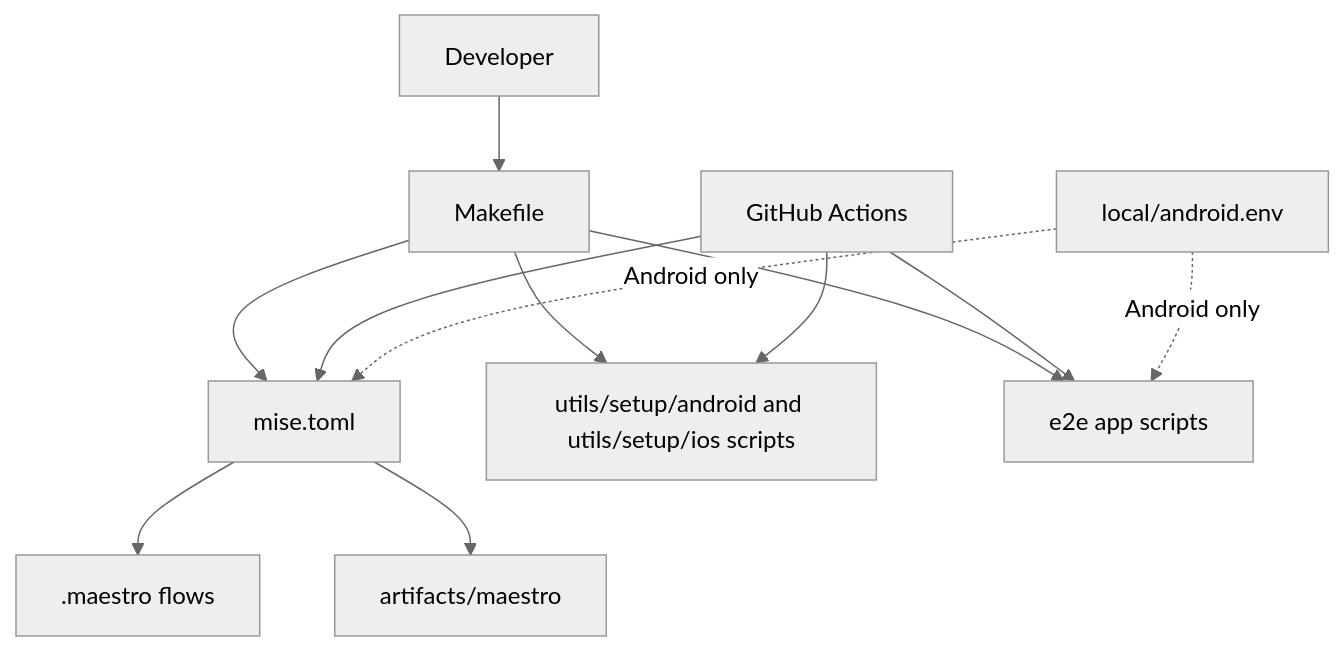
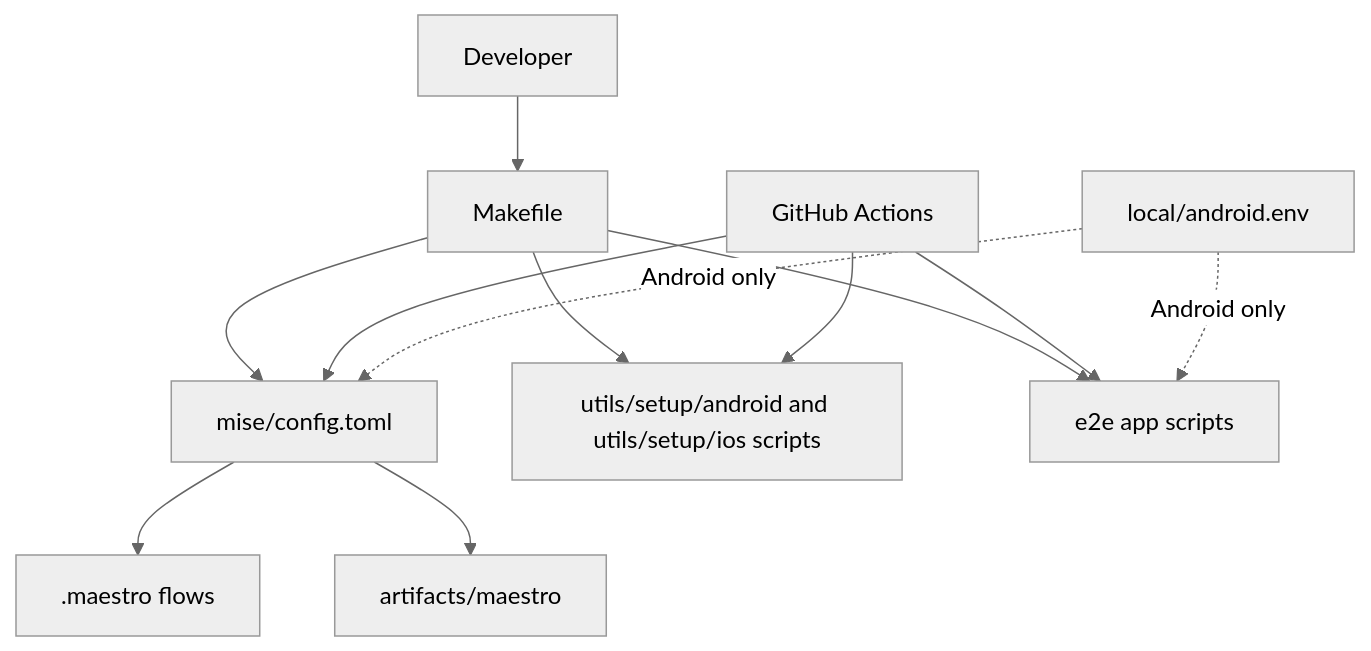
The first of 6 diagrams in docs/ARCHITECTURE.md (gkzz/maestro-playground), drawn with Mermaid (neutral theme) before and after one commit. The commit also changed other lines of this file and 11 other files, not shown here.

````diff
--- a/docs/ARCHITECTURE.md
+++ b/docs/ARCHITECTURE.md
@@ -16,28 +16,28 @@
 ```mermaid
 flowchart TB
   developer[Developer]
   ci[GitHub Actions]
 
   make[Makefile]
-  mise[mise.toml]
+  mise[mise/config.toml]
   flows[.maestro flows]
   setup[utils/setup/android and utils/setup/ios scripts]
   local[local/android.env]
   apps[e2e app scripts]
   artifacts[artifacts/maestro]
 
   developer --> make
   make --> mise
   make --> setup
   make --> apps
 
   ci --> mise
   ci --> setup
   ci --> apps
 
   local -. Android only .-> mise
   local -. Android only .-> apps
 
   mise --> flows
   mise --> artifacts
 ```
````
